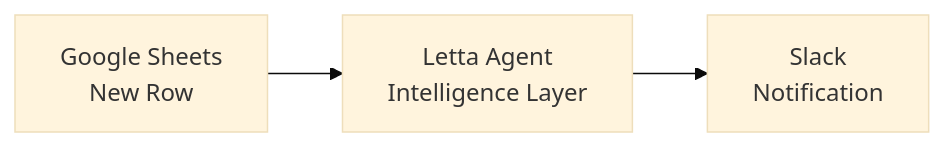
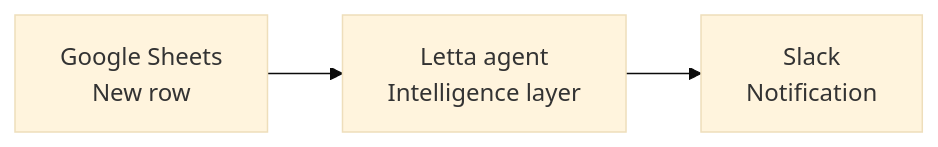
The diagram in fern/pages/cookbooks/n8n.mdx (ritza-co/letta-repo), drawn with Mermaid (base theme) before and after one commit. The commit also changed other lines of this file, not shown here.

Commit message:
Edit: Connecting n8n and Letta

````diff
--- a/fern/pages/cookbooks/n8n.mdx
+++ b/fern/pages/cookbooks/n8n.mdx
@@ -15,5 +15,5 @@
 ```mermaid
 graph LR
-    A[Google Sheets<br/>New Row] --> B[Letta Agent<br/>Intelligence Layer]
+    A[Google Sheets<br/>New row] --> B[Letta agent<br/>Intelligence layer]
     B --> C[Slack<br/>Notification]
 ```
````
